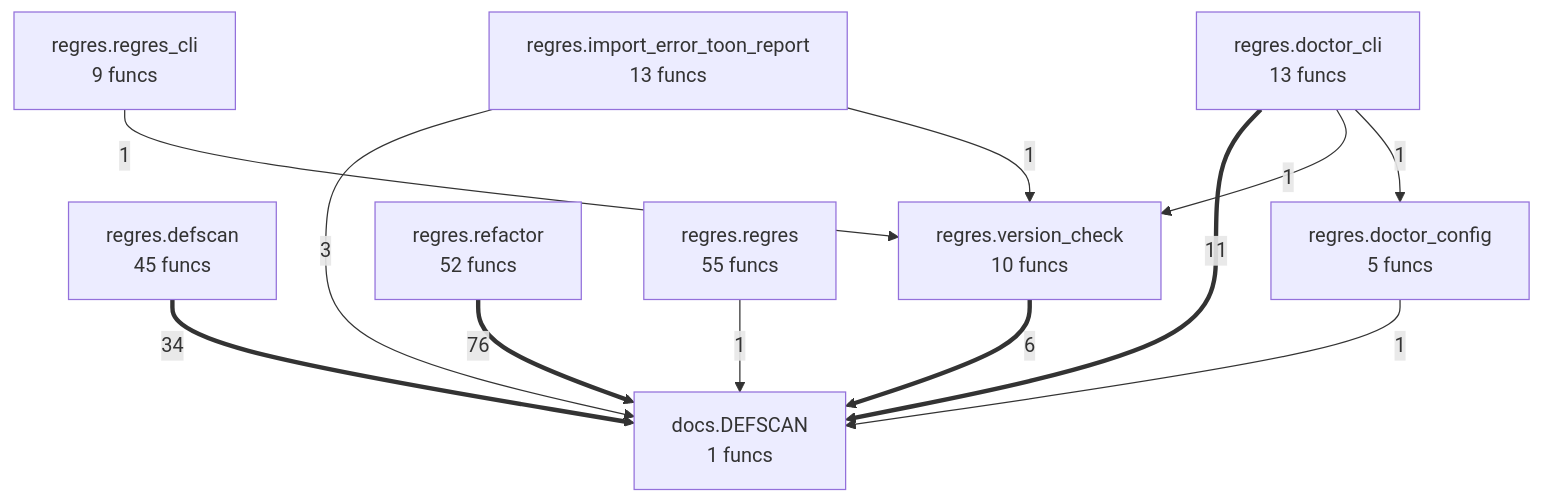
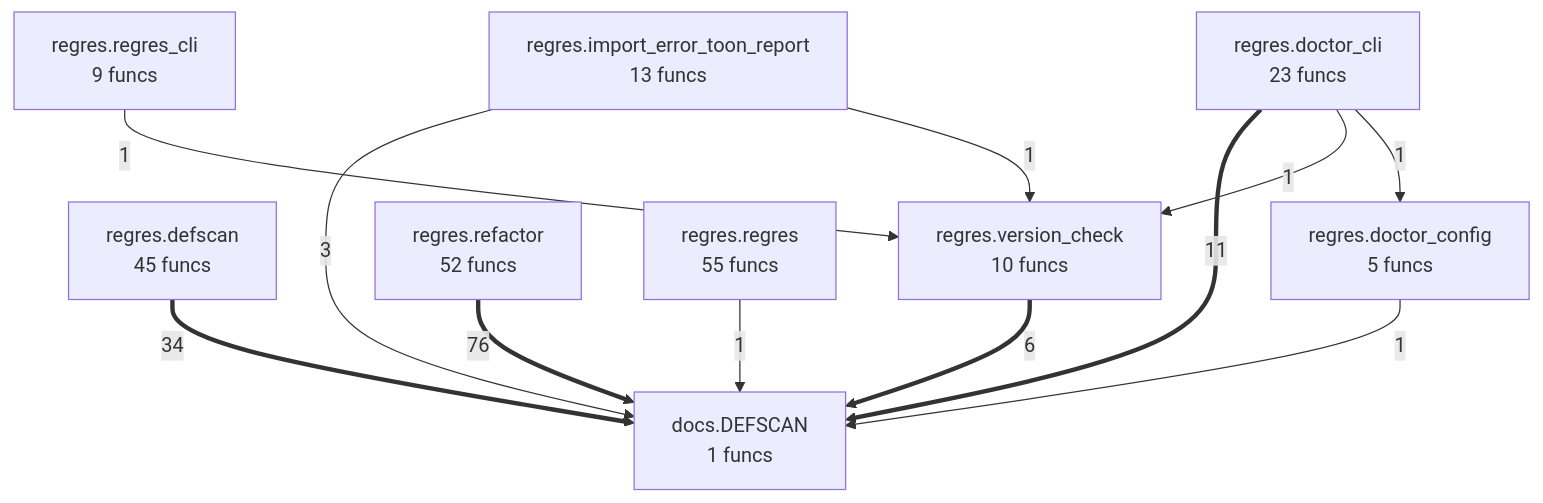
One commit to semcod/regres changed the diagram in project/compact_flow.mmd. Above: the diagram before and after it, drawn with Mermaid. The commit also changed 27 other files, not shown here.

```diff
--- a/project/compact_flow.mmd
+++ b/project/compact_flow.mmd
@@ -1,21 +1,21 @@
 flowchart TD
     docs__DEFSCAN["docs.DEFSCAN<br/>1 funcs"]
     regres__defscan["regres.defscan<br/>45 funcs"]
-    regres__doctor_cli["regres.doctor_cli<br/>13 funcs"]
+    regres__doctor_cli["regres.doctor_cli<br/>23 funcs"]
     regres__doctor_config["regres.doctor_config<br/>5 funcs"]
     regres__import_error_toon_report["regres.import_error_toon_report<br/>13 funcs"]
     regres__refactor["regres.refactor<br/>52 funcs"]
     regres__regres["regres.regres<br/>55 funcs"]
     regres__regres_cli["regres.regres_cli<br/>9 funcs"]
     regres__version_check["regres.version_check<br/>10 funcs"]
     regres__refactor ==>|76| docs__DEFSCAN
     regres__defscan ==>|34| docs__DEFSCAN
     regres__doctor_cli ==>|11| docs__DEFSCAN
     regres__version_check ==>|6| docs__DEFSCAN
     regres__import_error_toon_report -->|3| docs__DEFSCAN
     regres__regres -->|1| docs__DEFSCAN
     regres__doctor_config -->|1| docs__DEFSCAN
     regres__import_error_toon_report -->|1| regres__version_check
     regres__regres_cli -->|1| regres__version_check
     regres__doctor_cli -->|1| regres__version_check
     regres__doctor_cli -->|1| regres__doctor_config
```
